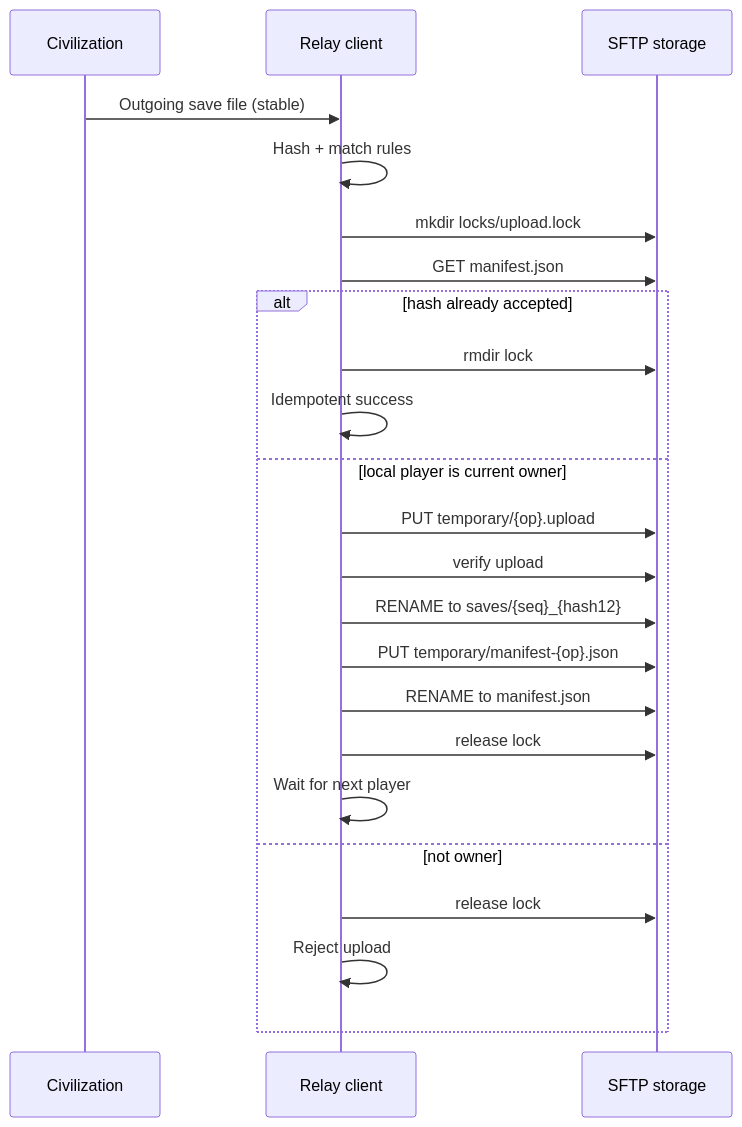
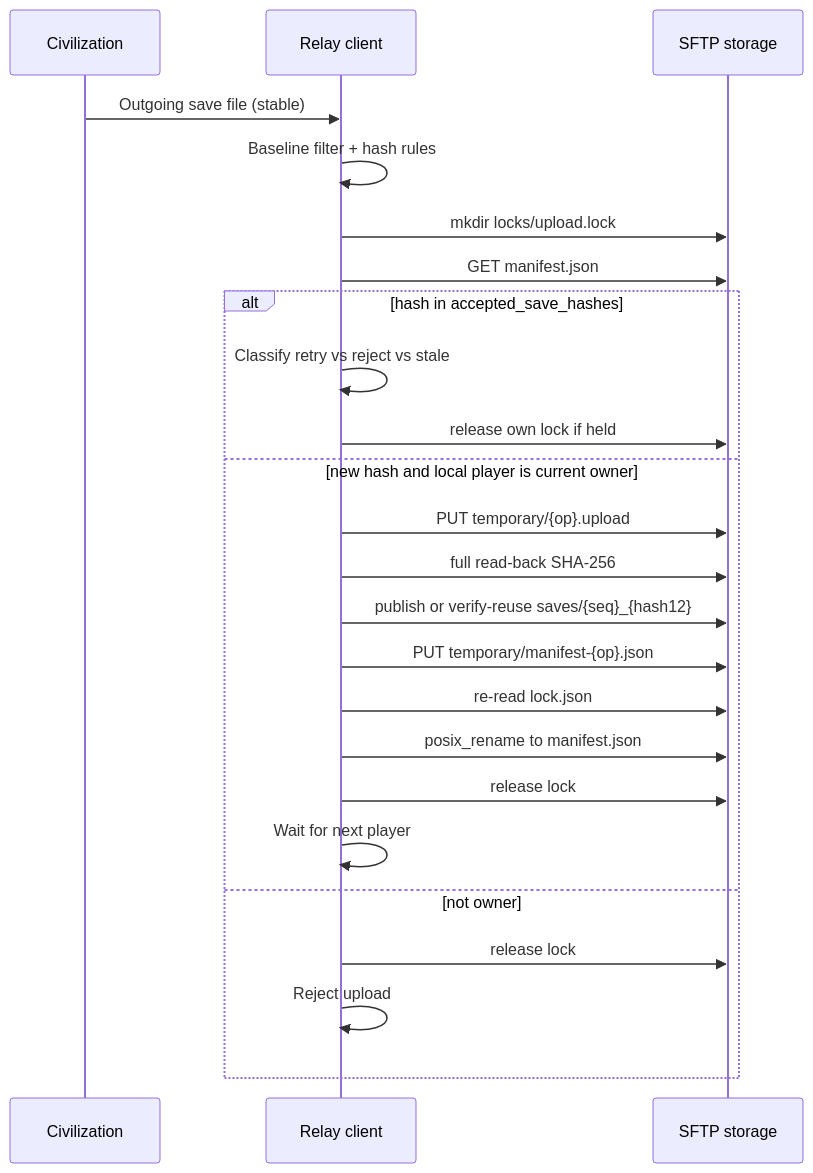
Before and after one commit to nizlas/civ4-turn-relay: the diagram in docs/SYNC_PROTOCOL.md, drawn with Mermaid. The commit also changed other lines of this file and 2 other files, not shown here.

````diff
--- a/docs/SYNC_PROTOCOL.md
+++ b/docs/SYNC_PROTOCOL.md
@@ -267,26 +362,27 @@
 ```mermaid
 sequenceDiagram
     participant Civ as Civilization
     participant Client as Relay client
     participant SFTP as SFTP storage
 
     Civ->>Client: Outgoing save file (stable)
-    Client->>Client: Hash + match rules
+    Client->>Client: Baseline filter + hash rules
     Client->>SFTP: mkdir locks/upload.lock
     Client->>SFTP: GET manifest.json
-    alt hash already accepted
-        Client->>SFTP: rmdir lock
-        Client->>Client: Idempotent success
-    else local player is current owner
+    alt hash in accepted_save_hashes
+        Client->>Client: Classify retry vs reject vs stale
+        Client->>SFTP: release own lock if held
+    else new hash and local player is current owner
         Client->>SFTP: PUT temporary/{op}.upload
-        Client->>SFTP: verify upload
-        Client->>SFTP: RENAME to saves/{seq}_{hash12}
+        Client->>SFTP: full read-back SHA-256
+        Client->>SFTP: publish or verify-reuse saves/{seq}_{hash12}
         Client->>SFTP: PUT temporary/manifest-{op}.json
-        Client->>SFTP: RENAME to manifest.json
+        Client->>SFTP: re-read lock.json
+        Client->>SFTP: posix_rename to manifest.json
         Client->>SFTP: release lock
         Client->>Client: Wait for next player
     else not owner
         Client->>SFTP: release lock
         Client->>Client: Reject upload
     end
 ```
````
